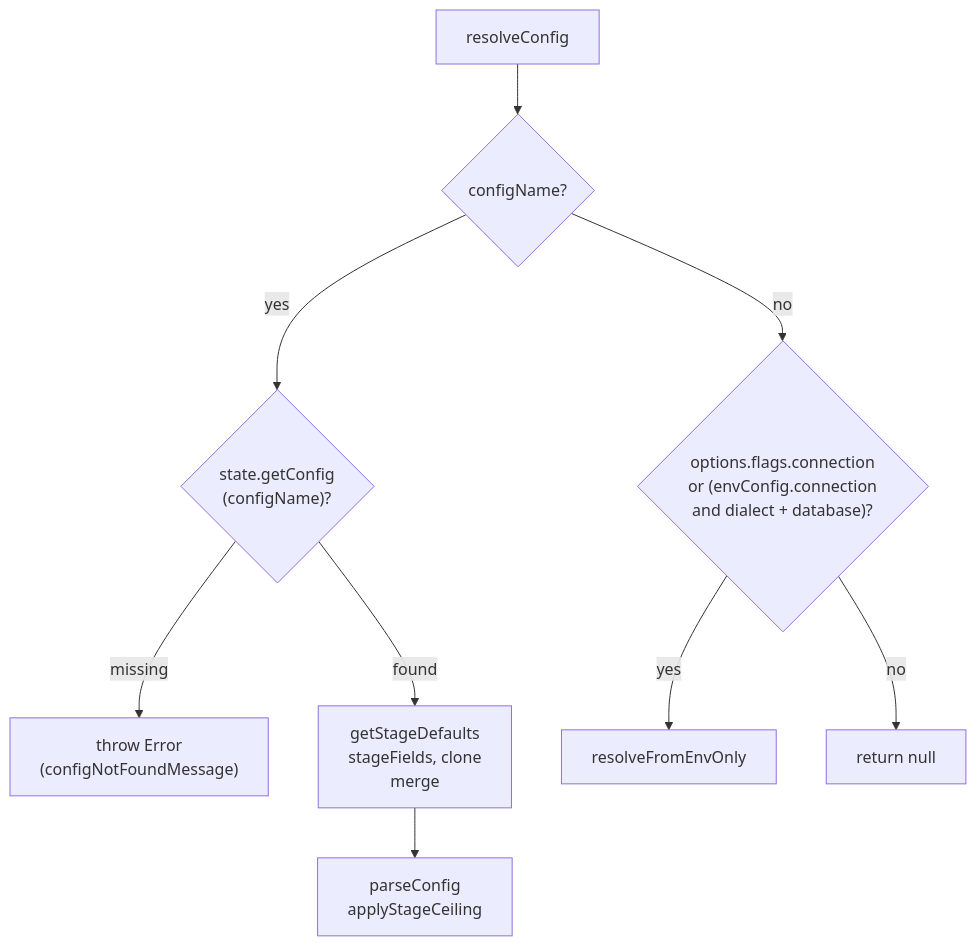
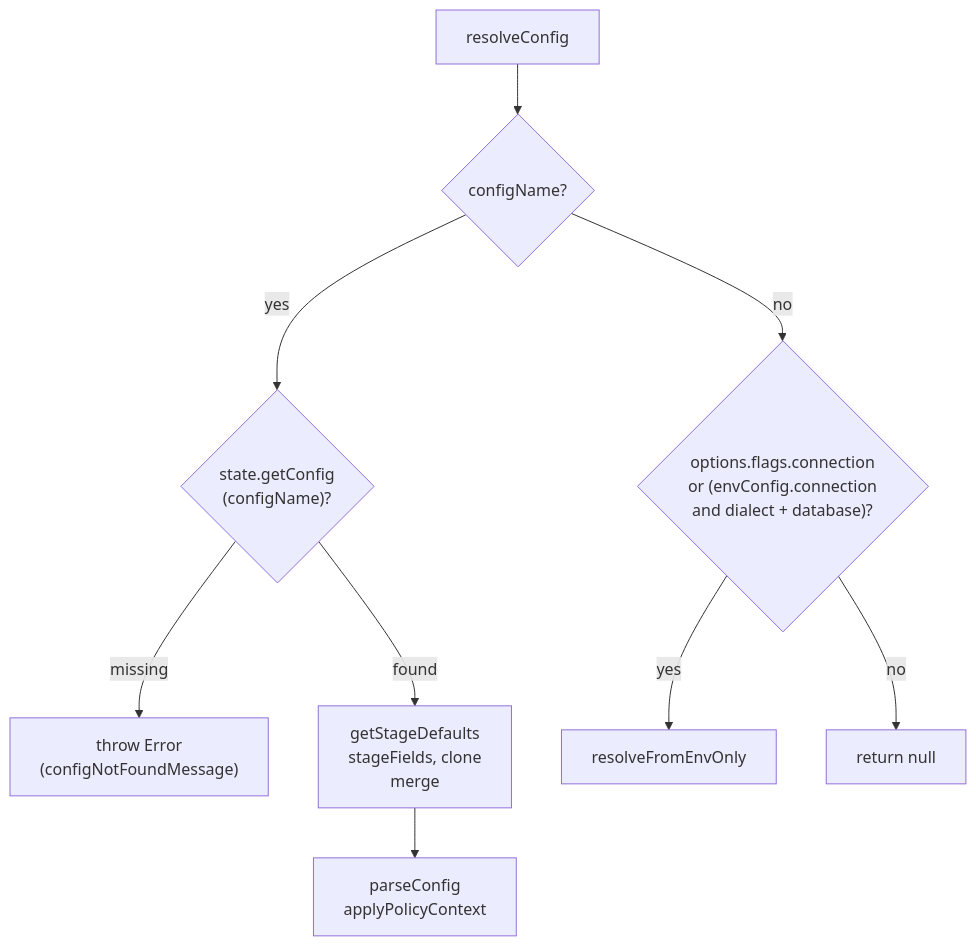
Before and after one commit to noormdev/noorm: the first of 6 diagrams in docs/wiki/core-state.md, drawn with Mermaid. The commit also changed other lines of this file and 349 other files, not shown here.

````diff
--- a/docs/wiki/core-state.md
+++ b/docs/wiki/core-state.md
@@ -18,12 +20,12 @@
 ```mermaid
 flowchart TD
     %% source: src/core/config/resolver.ts
     A["resolveConfig"] --> B{"configName?"}
     B -->|yes| C{"state.getConfig<br/>(configName)?"}
     C -->|missing| D["throw Error<br/>(configNotFoundMessage)"]
     C -->|found| E["getStageDefaults<br/>stageFields, clone<br/>merge"]
-    E --> F["parseConfig<br/>applyStageCeiling"]
+    E --> F["parseConfig<br/>applyPolicyContext"]
     B -->|no| G{"options.flags.connection<br/>or (envConfig.connection<br/>and dialect + database)?"}
     G -->|yes| H["resolveFromEnvOnly"]
     G -->|no| I["return null"]
 ```
````
